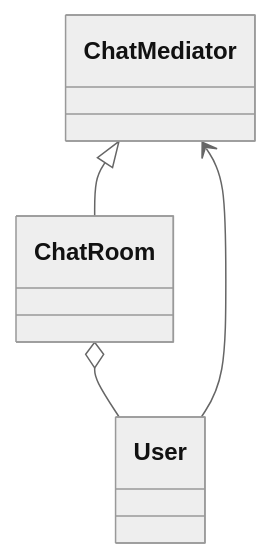
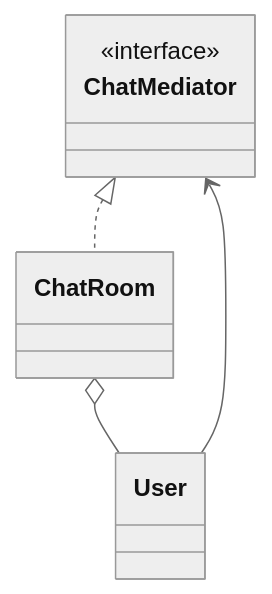
One commit to remideboer/pys changed the second of 2 diagrams in examples/design_patterns/behavioral/mediator.md. Above: the diagram before and after it, drawn with Mermaid (neutral theme). The commit also changed 23 other files, not shown here.

````diff
--- a/examples/design_patterns/behavioral/mediator.md
+++ b/examples/design_patterns/behavioral/mediator.md
@@ -38,9 +38,11 @@
 ```mermaid
 classDiagram
-    class ChatMediator
+    class ChatMediator {
+        <<interface>>
+    }
     class ChatRoom
     class User
-    ChatMediator <|-- ChatRoom
+    ChatMediator <|.. ChatRoom
     User --> ChatMediator
     ChatRoom o-- User
 ```
````
